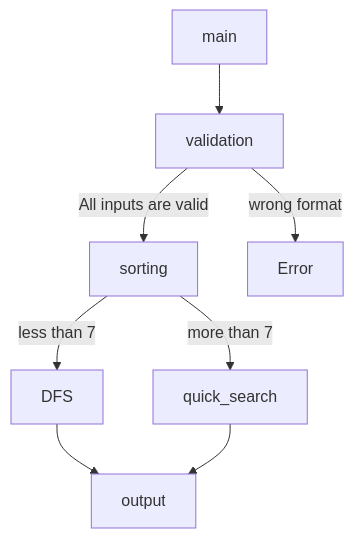
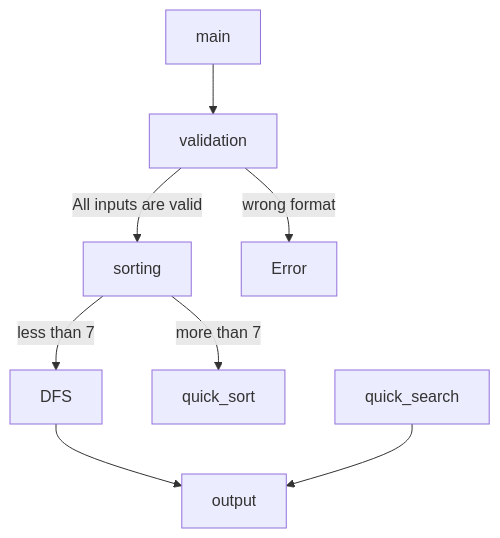
One commit to itkimura/Push_swap_42 changed the diagram in README.md. Above: the diagram before and after it, drawn with Mermaid.

````diff
--- a/README.md
+++ b/README.md
@@ -87,10 +87,10 @@
 ```mermaid
   graph TD;
       main-->validation;
       validation-->|All inputs are valid|sorting;
       validation-->|wrong format|Error;
       sorting-->|less than 7|DFS;
-      sorting-->|more than 7|quick_search;
+      sorting-->|more than 7|quick_sort;
       DFS-->output
       quick_search-->output
 ```
````
